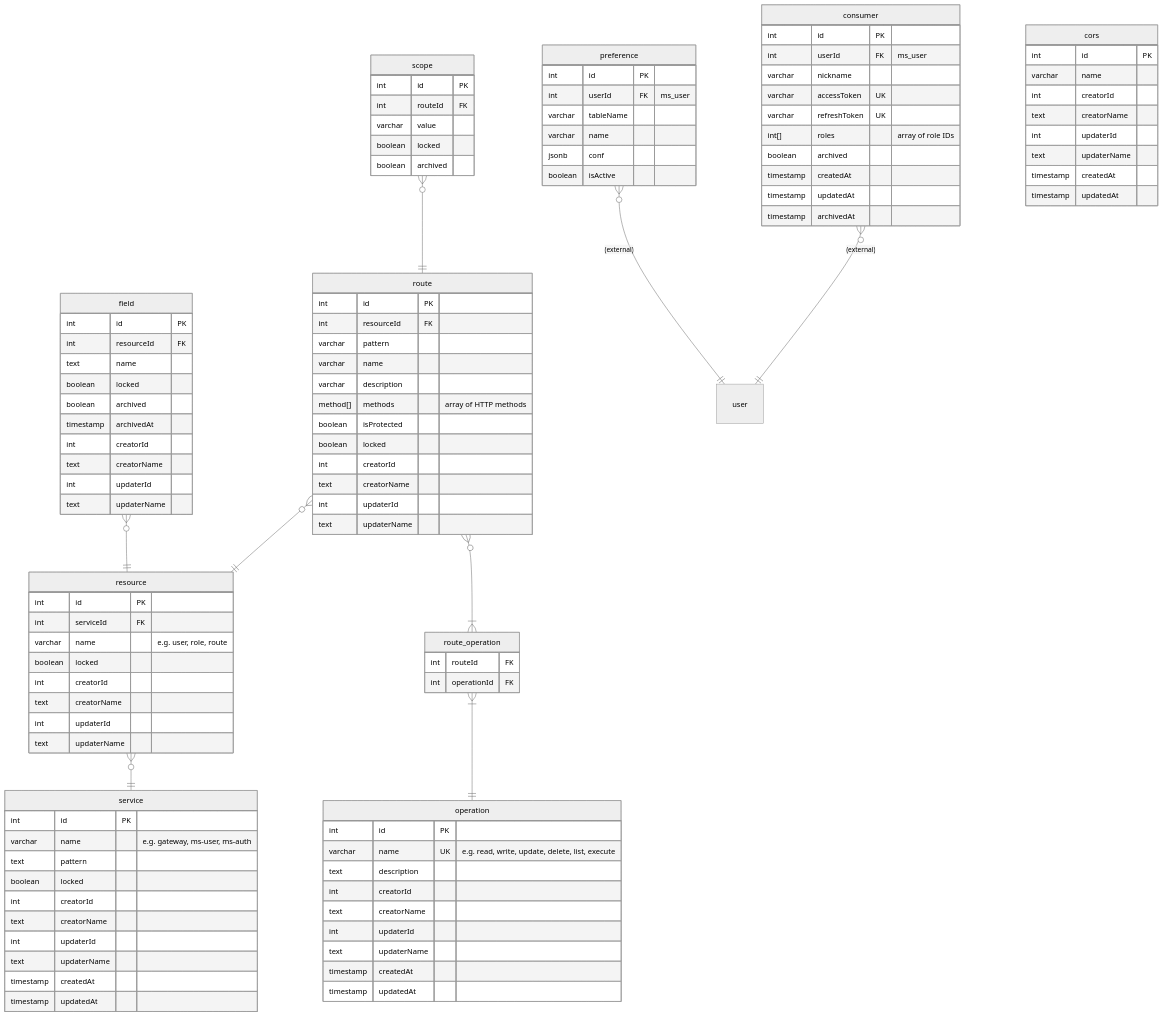
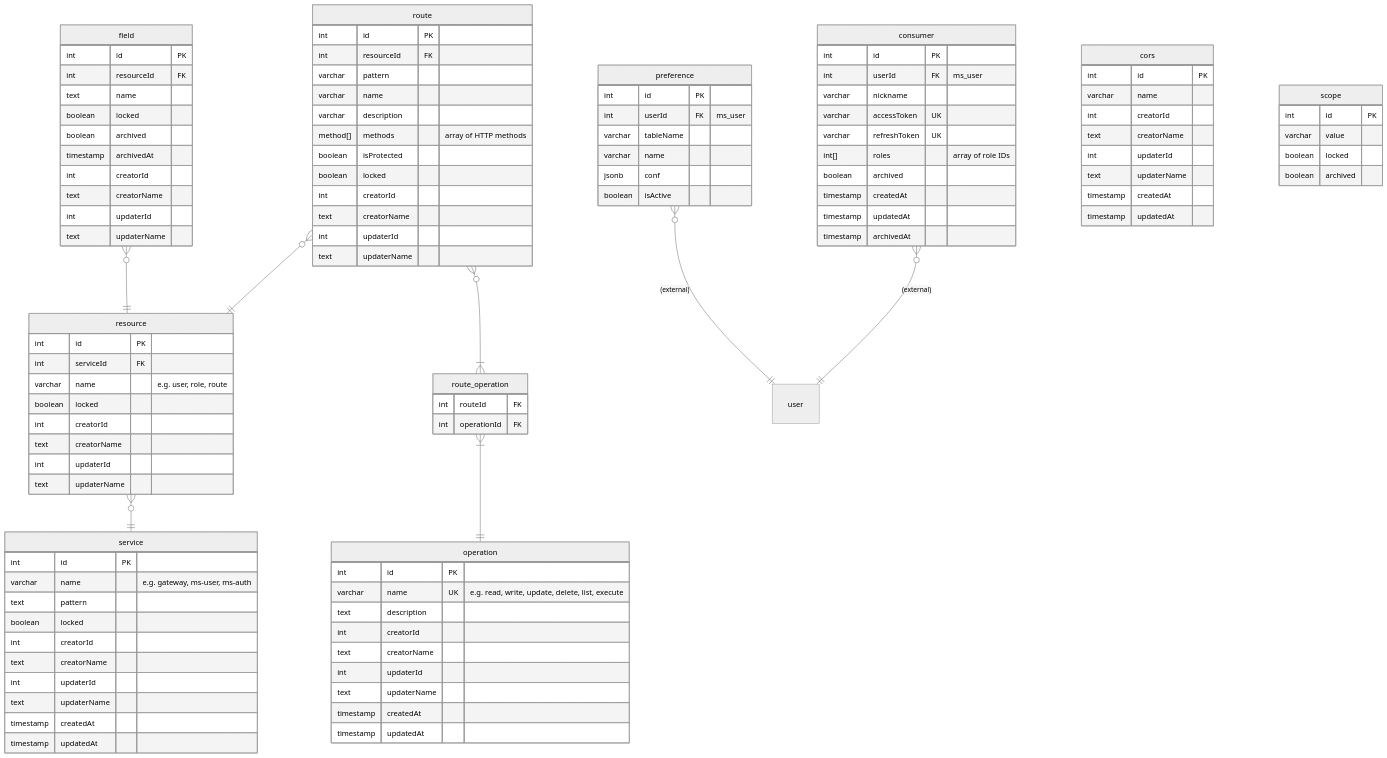
Before and after one commit to ALTEN-group/Gatelin: the diagram in doc/erd.md, drawn with Mermaid (neutral theme). The commit also changed 10 other files, not shown here.

```diff
--- a/doc/erd.md
+++ b/doc/erd.md
@@ -12,7 +12,6 @@
   route }o--|{ route_operation : ""
   route_operation }|--|| operation : ""
   field }o--|| resource : ""
-  scope }o--|| route : ""
   consumer }o--|| user : "(external)"
   preference }o--|| user : "(external)"
   consumer {
@@ -110,7 +109,6 @@
 
   scope {
     int id PK
-    int routeId FK
     varchar value
     boolean locked
     boolean archived
```
